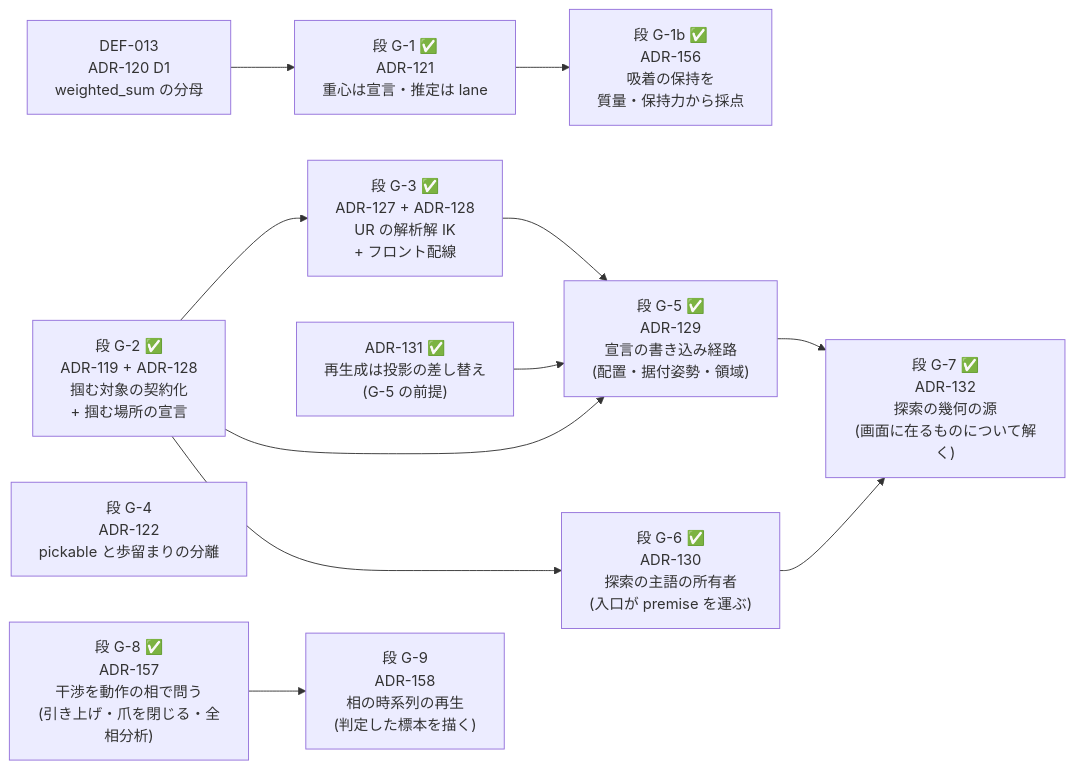
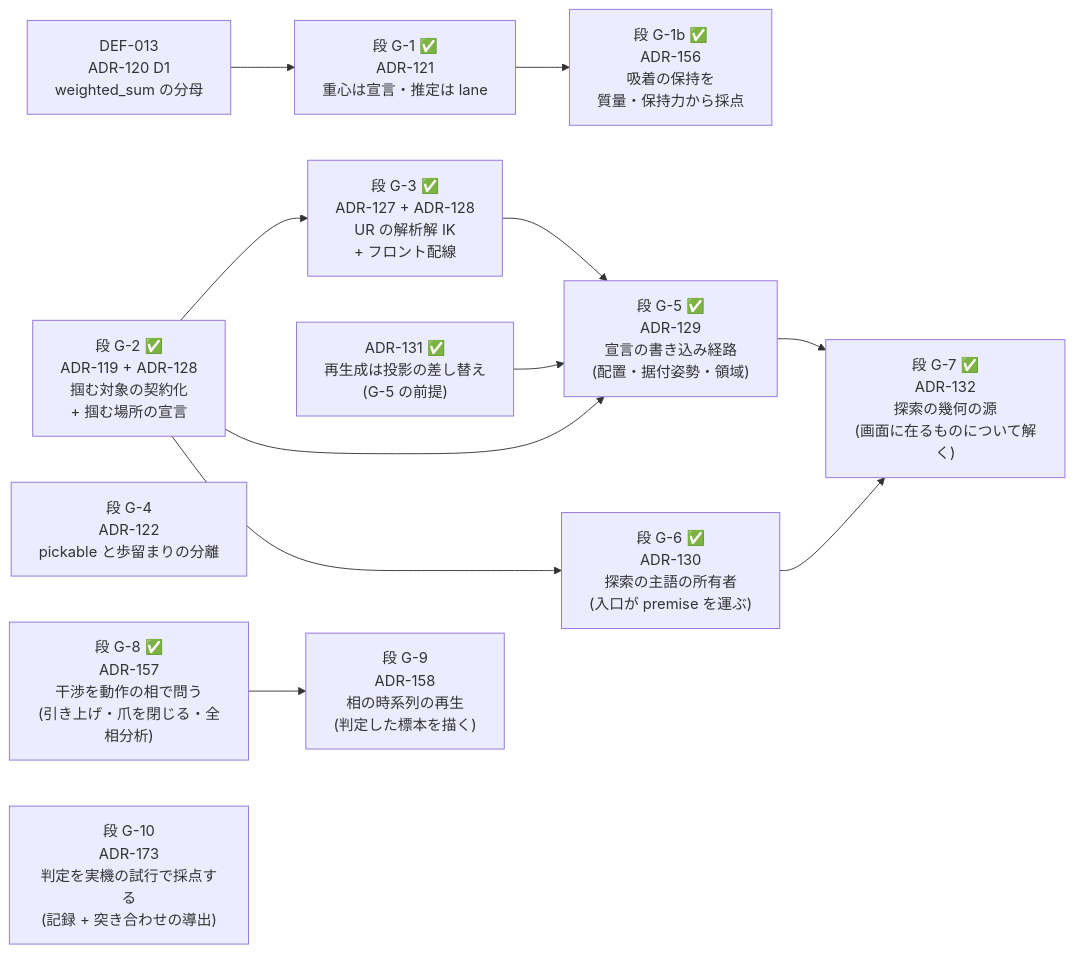
One commit to yuubae215/easy-extrude changed the diagram in docs/grasp/implementation-order.md. Above: the diagram before and after it, drawn with Mermaid. The commit also changed other lines of this file and 5 other files, not shown here.

````diff
--- a/docs/grasp/implementation-order.md
+++ b/docs/grasp/implementation-order.md
@@ -27,23 +27,24 @@
 ```mermaid
 graph LR
   D13["DEF-013<br/>ADR-120 D1<br/>weighted_sum の分母"] --> S1
   S1["段 G-1 ✅<br/>ADR-121<br/>重心は宣言・推定は lane"]
   S1 --> S1B
   S1B["段 G-1b ✅<br/>ADR-156<br/>吸着の保持を<br/>質量・保持力から採点"]
   S2["段 G-2 ✅<br/>ADR-119 + ADR-128<br/>掴む対象の契約化<br/>+ 掴む場所の宣言"]
   S3["段 G-4<br/>ADR-122<br/>pickable と歩留まりの分離"]
   S2 --> S4
   S4["段 G-3 ✅<br/>ADR-127 + ADR-128<br/>UR の解析解 IK<br/>+ フロント配線"]
   S2 --> S5
   S4 --> S5
   S5["段 G-5 ✅<br/>ADR-129<br/>宣言の書き込み経路<br/>(配置・据付姿勢・領域)"]
   S2 --> S6
   S5P["ADR-131 ✅<br/>再生成は投影の差し替え<br/>(G-5 の前提)"] --> S5
   S6["段 G-6 ✅<br/>ADR-130<br/>探索の主語の所有者<br/>(入口が premise を運ぶ)"]
   S6 --> S7
   S5 --> S7
   S7["段 G-7 ✅<br/>ADR-132<br/>探索の幾何の源<br/>(画面に在るものについて解く)"]
   S8["段 G-8 ✅<br/>ADR-157<br/>干渉を動作の相で問う<br/>(引き上げ・爪を閉じる・全相分析)"]
   S8 --> S9
   S9["段 G-9<br/>ADR-158<br/>相の時系列の再生<br/>(判定した標本を描く)"]
+  S10["段 G-10<br/>ADR-173<br/>判定を実機の試行で採点する<br/>(記録 + 突き合わせの導出)"]
 ```
````
